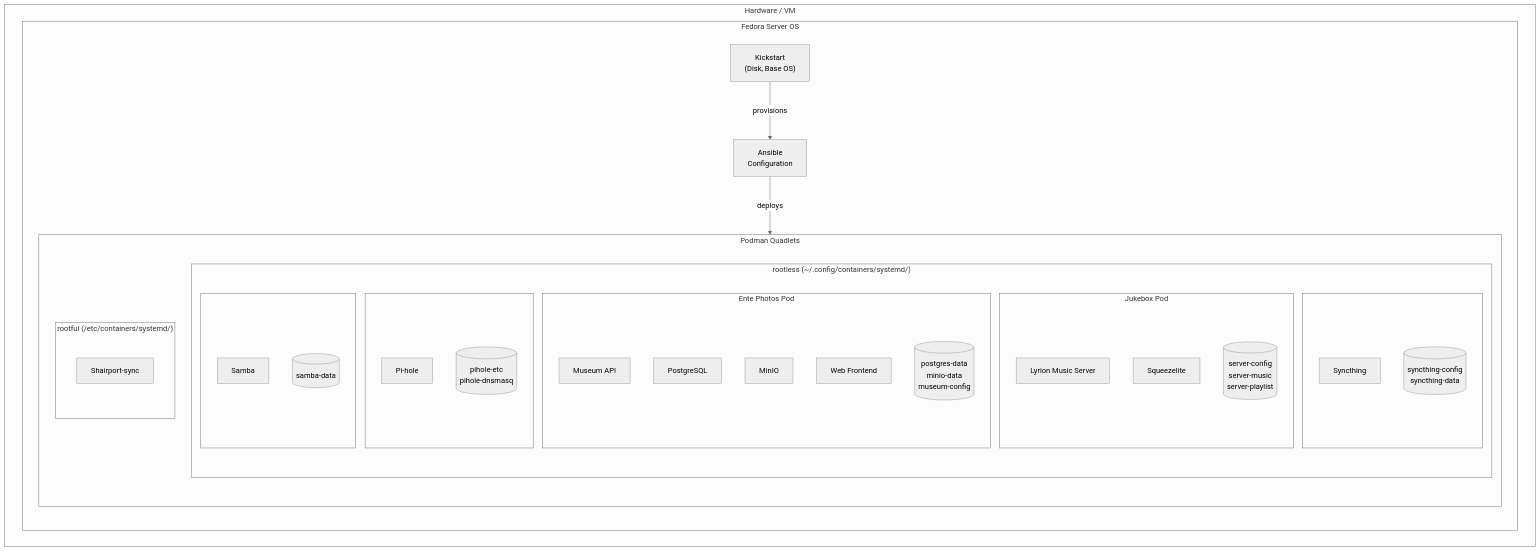
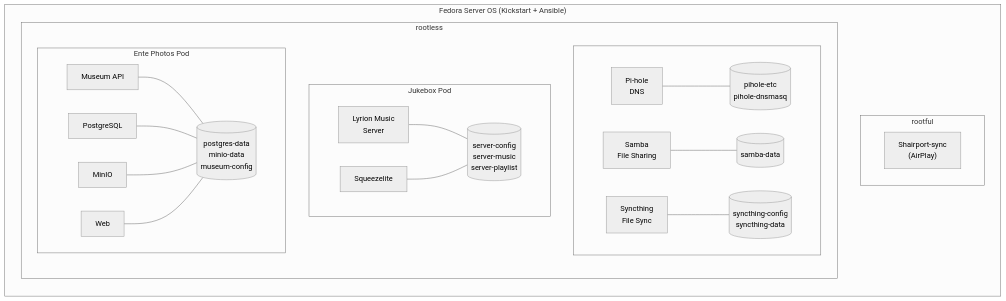
The diagram in README.md (luckynrslevin/home-server), drawn with Mermaid (neutral theme) before and after one commit.

Commit message:
Redesign architecture diagram with cleaner layout
Use graph LR with direction TB/LR subgraphs for a more readable
two-row layout with containers linked to their volumes.

````diff
--- a/README.md
+++ b/README.md
@@ -111,41 +111,31 @@
 ```mermaid
-graph TD
-    subgraph HW["Hardware / VM"]
-        subgraph OS["Fedora Server OS"]
-            KS["Kickstart<br/>(Disk, Base OS)"] -->|provisions| ANS["Ansible<br/>Configuration"]
-            ANS -->|deploys| PODMAN
+graph LR
+    subgraph OS["Fedora Server OS (Kickstart + Ansible)"]
+        direction TB
 
-            subgraph PODMAN["Podman Quadlets"]
-                subgraph RL["rootless (~/.config/containers/systemd/)"]
-                    subgraph ST_S[" "]
-                        ST["Syncthing"]
-                        ST_V[("syncthing-config<br/>syncthing-data")]
-                    end
-                    subgraph JB["Jukebox Pod"]
-                        LMS["Lyrion Music Server"]
-                        SL["Squeezelite"]
-                        JB_V[("server-config<br/>server-music<br/>server-playlist")]
-                    end
-                    subgraph EP["Ente Photos Pod"]
-                        MUS["Museum API"]
-                        PG["PostgreSQL"]
-                        MIN["MinIO"]
-                        WEB["Web Frontend"]
-                        EP_V[("postgres-data<br/>minio-data<br/>museum-config")]
-                    end
-                    subgraph PH_S[" "]
-                        PH["Pi-hole"]
-                        PH_V[("pihole-etc<br/>pihole-dnsmasq")]
-                    end
-                    subgraph SMB_S[" "]
-                        SMB["Samba"]
-                        SMB_V[("samba-data")]
-                    end
-                end
-                subgraph RF["rootful (/etc/containers/systemd/)"]
-                    SH["Shairport-sync"]
-                end
+        subgraph rootful
+            SH["Shairport-sync<br/>(AirPlay)"]
+        end
+
+        subgraph rootless
+            direction TB
+
+            subgraph row1[" "]
+                direction LR
+                PH["Pi-hole<br/>DNS"] --- PH_V[("pihole-etc<br/>pihole-dnsmasq")]
+                SMB["Samba<br/>File Sharing"] --- SMB_V[("samba-data")]
+                ST["Syncthing<br/>File Sync"] --- ST_V[("syncthing-config<br/>syncthing-data")]
+            end
+
+            subgraph row2["Jukebox Pod"]
+                direction LR
+                LMS["Lyrion Music<br/>Server"] & SL["Squeezelite"] --- JB_V[("server-config<br/>server-music<br/>server-playlist")]
+            end
+
+            subgraph row3["Ente Photos Pod"]
+                direction LR
+                MUS["Museum API"] & PG["PostgreSQL"] & MIN["MinIO"] & WEB["Web"] --- EP_V[("postgres-data<br/>minio-data<br/>museum-config")]
             end
         end
     end
 ```
````
